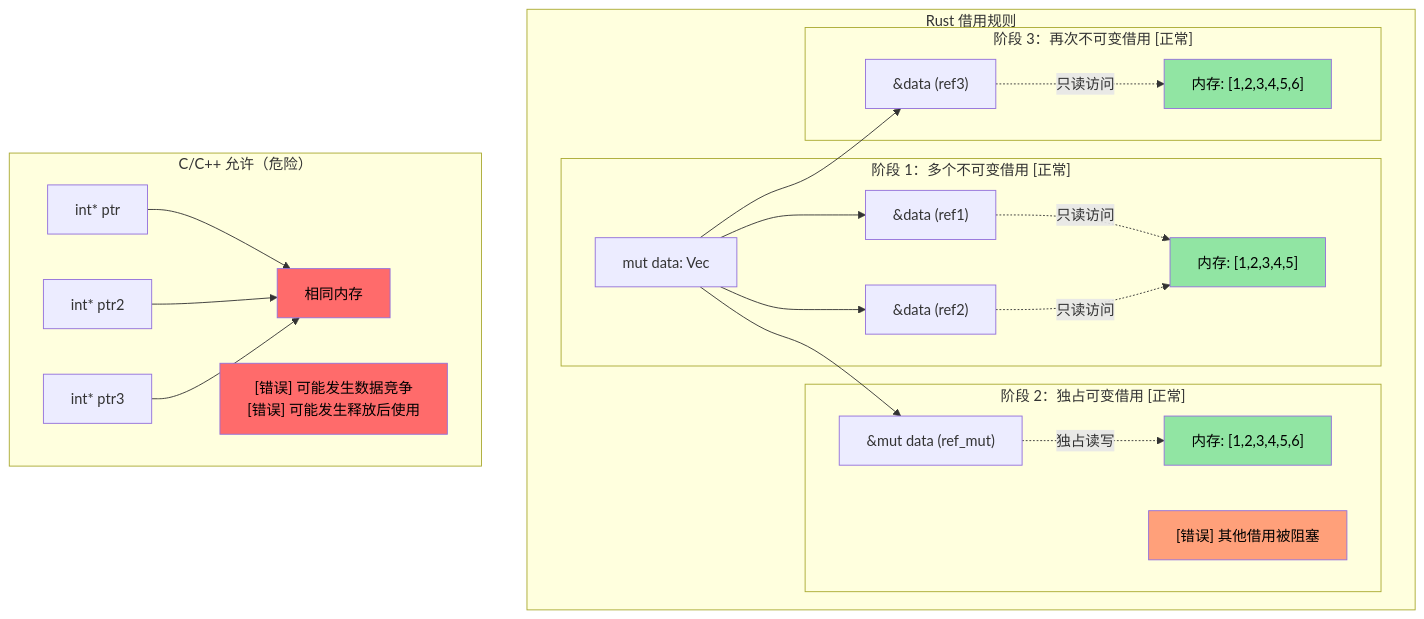
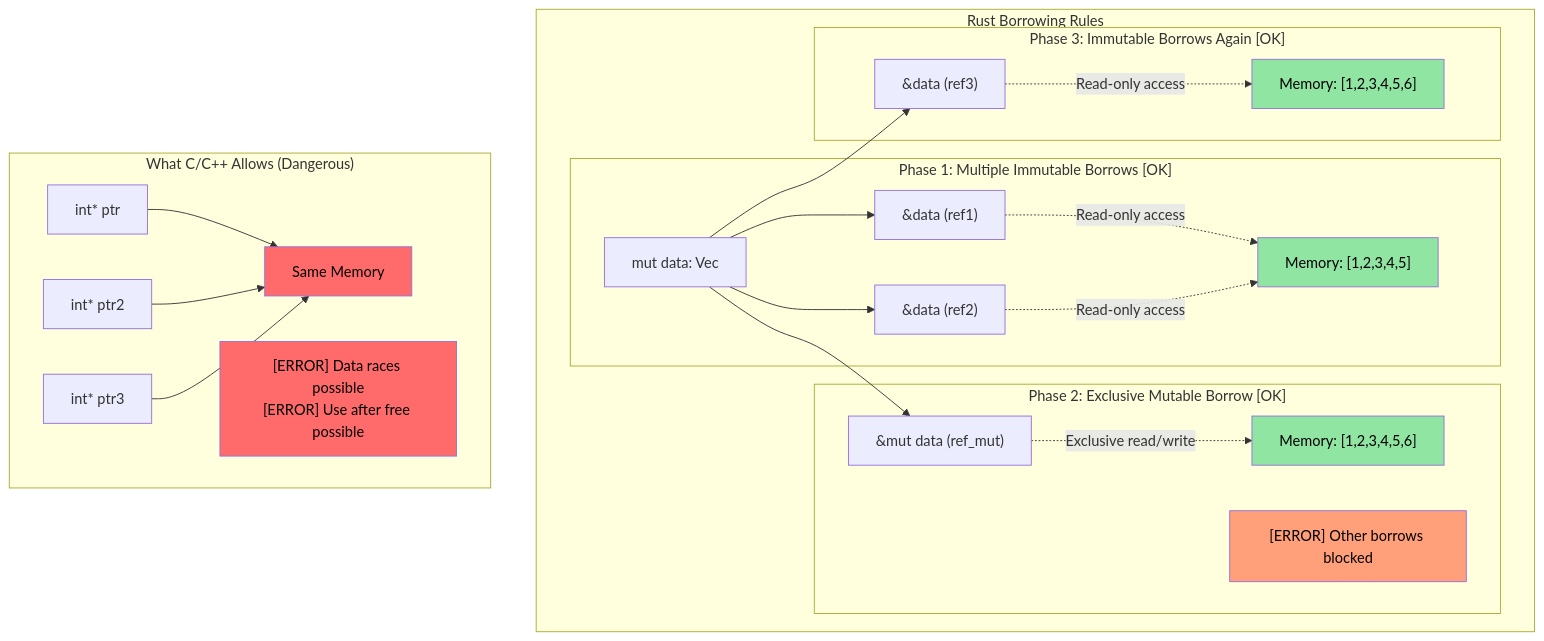
Before and after one commit to hex623/rust-training-zh: the third of 3 diagrams in src/ch07-2-smart-pointers-and-interior-mutability.md, drawn with Mermaid. The commit also changed other lines of this file and 21 other files, not shown here.

````diff
--- a/src/ch07-2-smart-pointers-and-interior-mutability.md
+++ b/src/ch07-2-smart-pointers-and-interior-mutability.md
@@ -152,45 +152,45 @@
 ```mermaid
 graph TD
-    subgraph "Rust 借用规则"
+    subgraph "Rust Borrowing Rules"
         D["mut data: Vec<i32>"]
         
-        subgraph "阶段 1：多个不可变借用 [正常]"
+        subgraph "Phase 1: Multiple Immutable Borrows [OK]"
             IR1["&data (ref1)"]
             IR2["&data (ref2)"]
             D --> IR1
             D --> IR2
-            IR1 -.->|"只读访问"| MEM1["内存: [1,2,3,4,5]"]
-            IR2 -.->|"只读访问"| MEM1
+            IR1 -.->|"Read-only access"| MEM1["Memory: [1,2,3,4,5]"]
+            IR2 -.->|"Read-only access"| MEM1
         end
         
-        subgraph "阶段 2：独占可变借用 [正常]"
+        subgraph "Phase 2: Exclusive Mutable Borrow [OK]"
             MR["&mut data (ref_mut)"]
             D --> MR
-            MR -.->|"独占读写"| MEM2["内存: [1,2,3,4,5,6]"]
-            BLOCK["[错误] 其他借用被阻塞"]
+            MR -.->|"Exclusive read/write"| MEM2["Memory: [1,2,3,4,5,6]"]
+            BLOCK["[ERROR] Other borrows blocked"]
         end
         
-        subgraph "阶段 3：再次不可变借用 [正常]"
+        subgraph "Phase 3: Immutable Borrows Again [OK]"
             IR3["&data (ref3)"]
             D --> IR3
-            IR3 -.->|"只读访问"| MEM3["内存: [1,2,3,4,5,6]"]
+            IR3 -.->|"Read-only access"| MEM3["Memory: [1,2,3,4,5,6]"]
         end
     end
     
-    subgraph "C/C++ 允许（危险）"
+    subgraph "What C/C++ Allows (Dangerous)"
         CP["int* ptr"]
         CP2["int* ptr2"]
         CP3["int* ptr3"]
-        CP --> CMEM["相同内存"]
+        CP --> CMEM["Same Memory"]
         CP2 --> CMEM
         CP3 --> CMEM
-        RACE["[错误] 可能发生数据竞争<br/>[错误] 可能发生释放后使用"]
+        RACE["[ERROR] Data races possible<br/>[ERROR] Use after free possible"]
     end
     
     style MEM1 fill:#91e5a3,color:#000
     style MEM2 fill:#91e5a3,color:#000
     style MEM3 fill:#91e5a3,color:#000
     style BLOCK fill:#ffa07a,color:#000
     style RACE fill:#ff6b6b,color:#000
     style CMEM fill:#ff6b6b,color:#000
 ```
````
